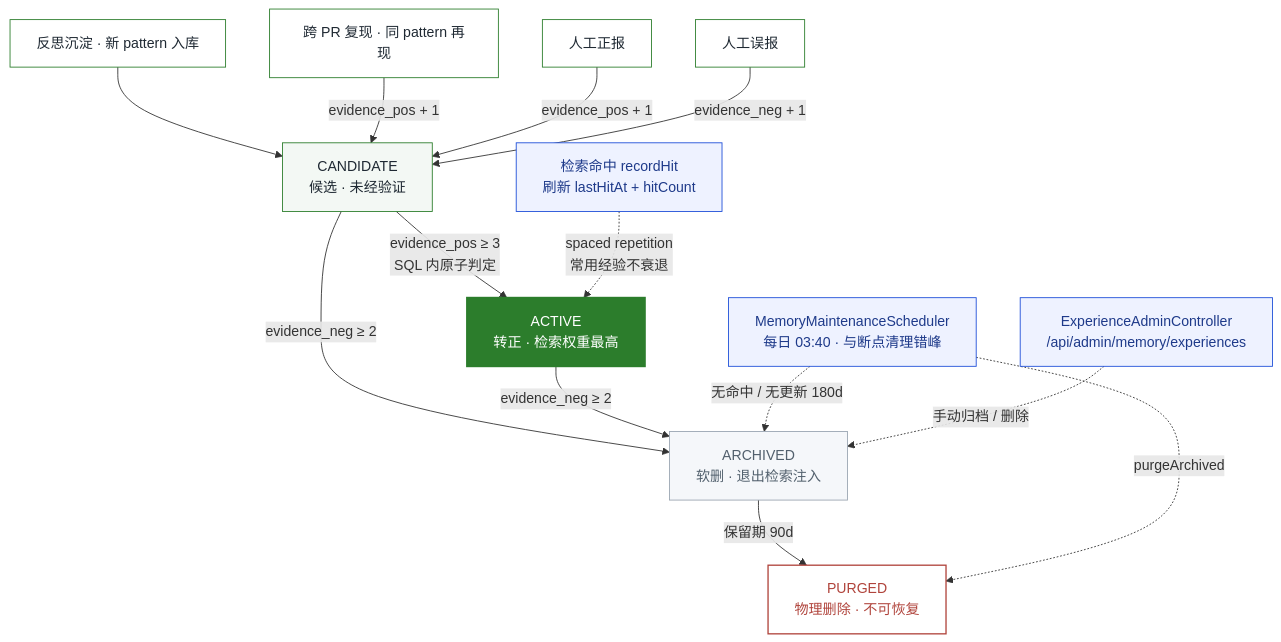
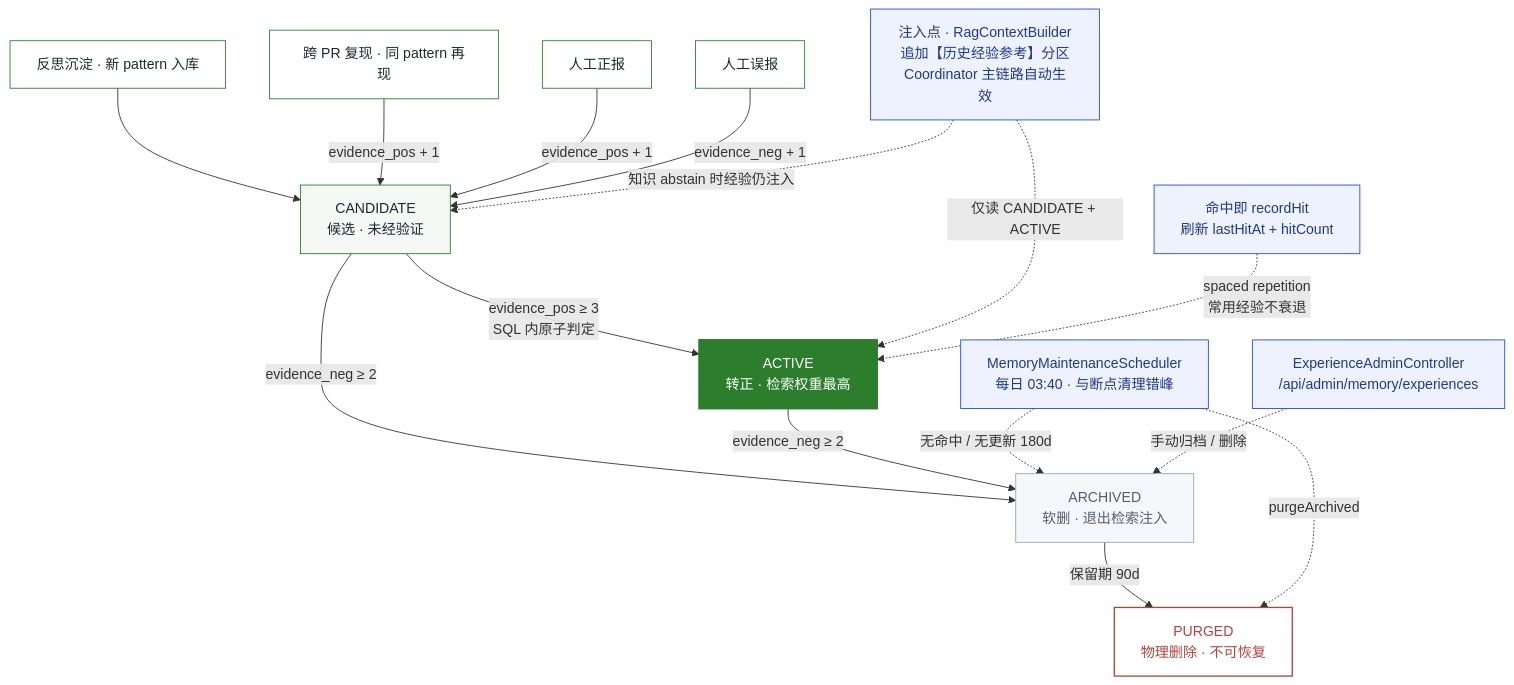
One commit to 13liyunfei/code-review-agent changed diagram 15 of 16 in docs/business-flow.md. Above: the diagram before and after it, drawn with Mermaid. The commit also changed other lines of this file and 14 other files, not shown here.

First line of the commit message:
docs: 图集同步 RAG 加固 / SCA 真实库 / 记忆读侧闭环（13 → 16 张）

````diff
--- a/docs/business-flow.md
+++ b/docs/business-flow.md
@@ -778,37 +1010,39 @@
 ```mermaid
 flowchart TD
     A1["反思沉淀 · 新 pattern 入库"] --> S1
     A2["跨 PR 复现 · 同 pattern 再现"] -->|"evidence_pos + 1"| S1
     A3["人工正报"] -->|"evidence_pos + 1"| S1
     A4["人工误报"] -->|"evidence_neg + 1"| S1
 
     S1["CANDIDATE<br/>候选 · 未经验证"]
     S2["ACTIVE<br/>转正 · 检索权重最高"]
     S3["ARCHIVED<br/>软删 · 退出检索注入"]
     S4["PURGED<br/>物理删除 · 不可恢复"]
 
     S1 -->|"evidence_pos ≥ 3<br/>SQL 内原子判定"| S2
     S1 -->|"evidence_neg ≥ 2"| S3
     S2 -->|"evidence_neg ≥ 2"| S3
     S3 -->|"保留期 90d"| S4
 
     MAINT["MemoryMaintenanceScheduler<br/>每日 03:40 · 与断点清理错峰"]
     MAINT -.->|"无命中 / 无更新 180d"| S3
     MAINT -.->|"purgeArchived"| S4
 
-    HIT["检索命中 recordHit<br/>刷新 lastHitAt + hitCount"] -.->|"spaced repetition<br/>常用经验不衰退"| S2
+    INJ["注入点 · RagContextBuilder<br/>追加【历史经验参考】分区<br/>Coordinator 主链路自动生效"] -.->|"仅读 CANDIDATE + ACTIVE"| S2
+    INJ -.->|"知识 abstain 时经验仍注入"| S1
+    HIT["命中即 recordHit<br/>刷新 lastHitAt + hitCount"] -.->|"spaced repetition<br/>常用经验不衰退"| S2
     ADMIN["ExperienceAdminController<br/>/api/admin/memory/experiences"] -.->|"手动归档 / 删除"| S3
 
     classDef n fill:#FFFFFF,stroke:#2c7d2c,stroke-width:1px,color:#1f2933;
     classDef cand fill:#F3F8F4,stroke:#2c7d2c,stroke-width:1px,color:#1f2933;
     classDef act fill:#2c7d2c,stroke:#2c7d2c,stroke-width:2px,color:#fff;
     classDef arch fill:#F5F7FA,stroke:#9aa5b1,stroke-width:1px,color:#52606d;
     classDef purge fill:#FFFFFF,stroke:#b0443c,stroke-width:1.5px,color:#b0443c;
     classDef side fill:#EEF2FF,stroke:#1d4ed8,stroke-width:1px,color:#1e3a8a;
     class A1,A2,A3,A4 n;
     class S1 cand;
     class S2 act;
     class S3 arch;
     class S4 purge;
-    class MAINT,HIT,ADMIN side;
+    class MAINT,HIT,ADMIN,INJ side;
 ```
````
